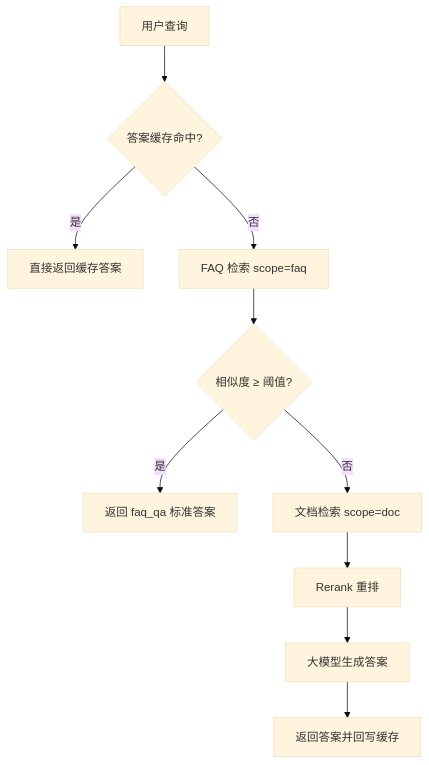
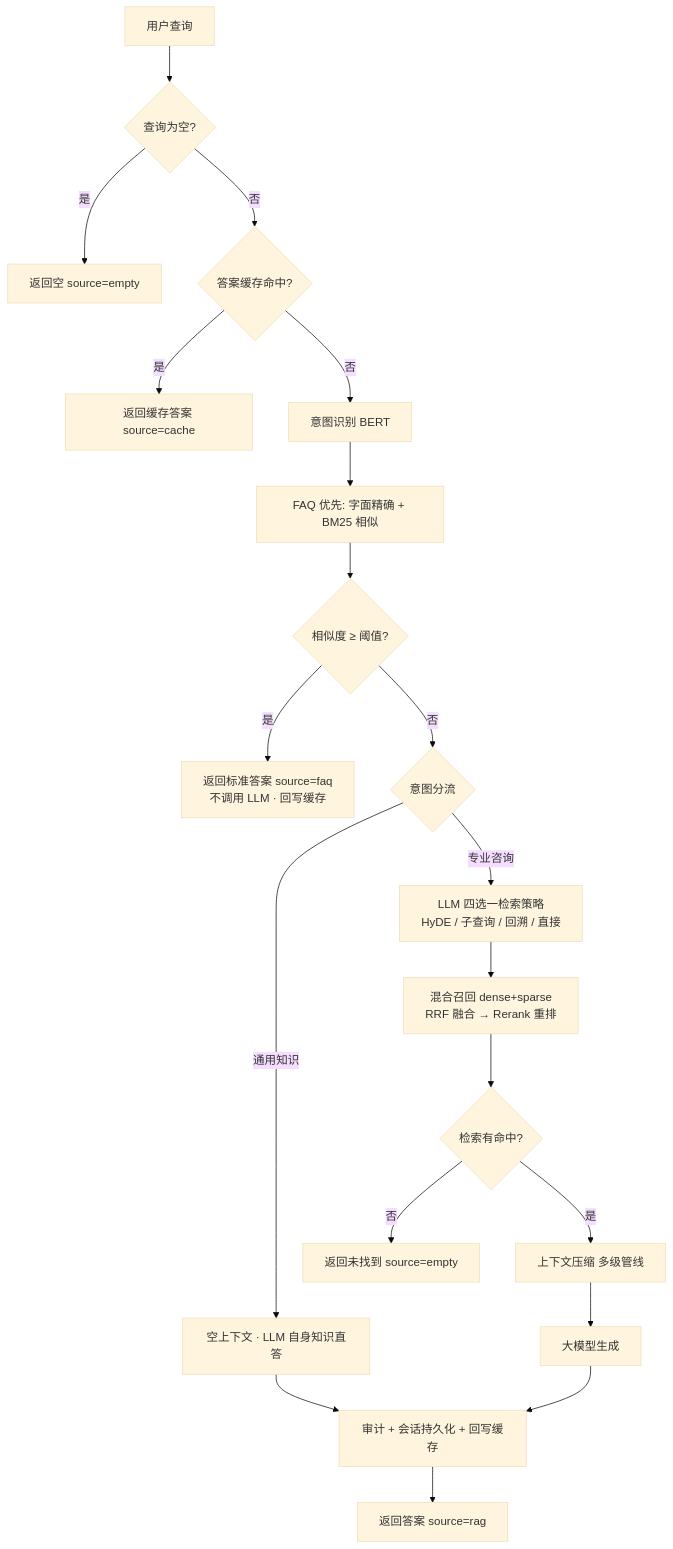
One commit to chengyan0079/multi-tenant-rag-platform changed the first of 3 diagrams in README.md. Above: the diagram before and after it, drawn with Mermaid (base theme). The commit also changed other lines of this file and 18 other files, not shown here.

````diff
--- a/README.md
+++ b/README.md
@@ -11,12 +81,22 @@
 ```mermaid
 flowchart TD
-    Q[用户查询] --> C{答案缓存命中?}
-    C -->|是| R1[直接返回缓存答案]
-    C -->|否| F[FAQ 检索 scope=faq]
+    Q[用户查询] --> V{查询为空?}
+    V -->|是| E0[返回空 source=empty]
+    V -->|否| C{答案缓存命中?}
+    C -->|是| R1[返回缓存答案 source=cache]
+    C -->|否| I[意图识别 BERT]
+    I --> F[FAQ 优先: 字面精确 + BM25 相似]
     F --> T{相似度 ≥ 阈值?}
-    T -->|是| R2[返回 faq_qa 标准答案]
-    T -->|否| D[文档检索 scope=doc]
-    D --> RR[Rerank 重排]
-    RR --> G[大模型生成答案]
-    G --> R3[返回答案并回写缓存]
+    T -->|是| R2[返回标准答案 source=faq<br/>不调用 LLM · 回写缓存]
+    T -->|否| D{意图分流}
+    D -->|通用知识| G1[空上下文 · LLM 自身知识直答]
+    D -->|专业咨询| S[LLM 四选一检索策略<br/>HyDE / 子查询 / 回溯 / 直接]
+    S --> RR[混合召回 dense+sparse<br/>RRF 融合 → Rerank 重排]
+    RR --> H{检索有命中?}
+    H -->|否| R4[返回未找到 source=empty]
+    H -->|是| CP[上下文压缩 多级管线]
+    CP --> G2[大模型生成]
+    G1 --> A[审计 + 会话持久化 + 回写缓存]
+    G2 --> A
+    A --> R3[返回答案 source=rag]
 ```
````
